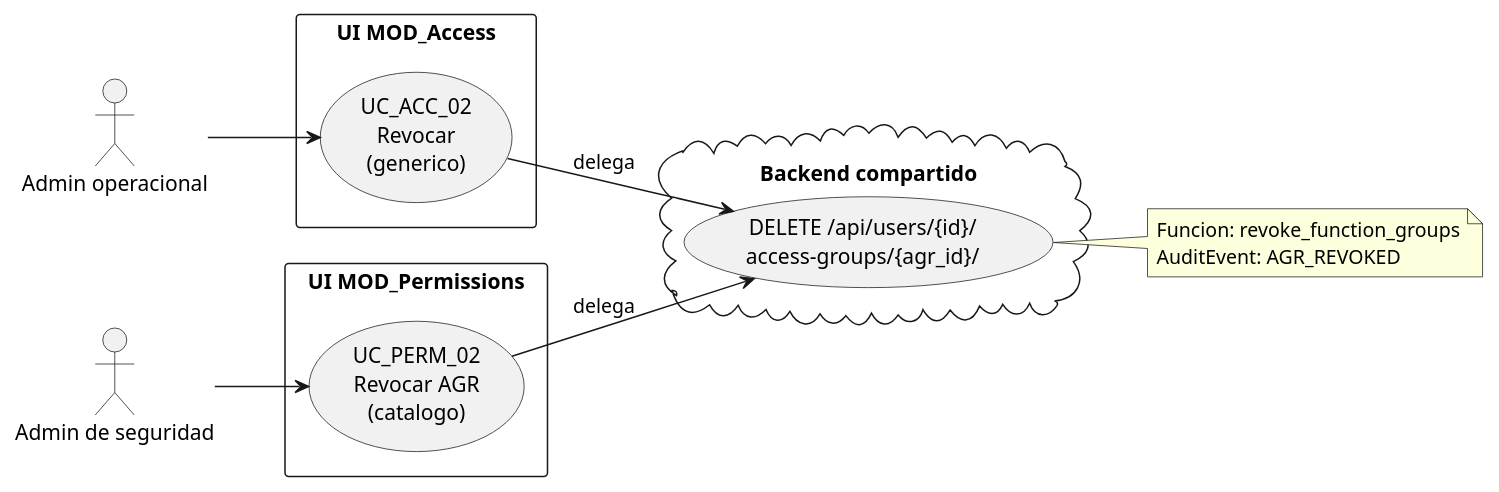
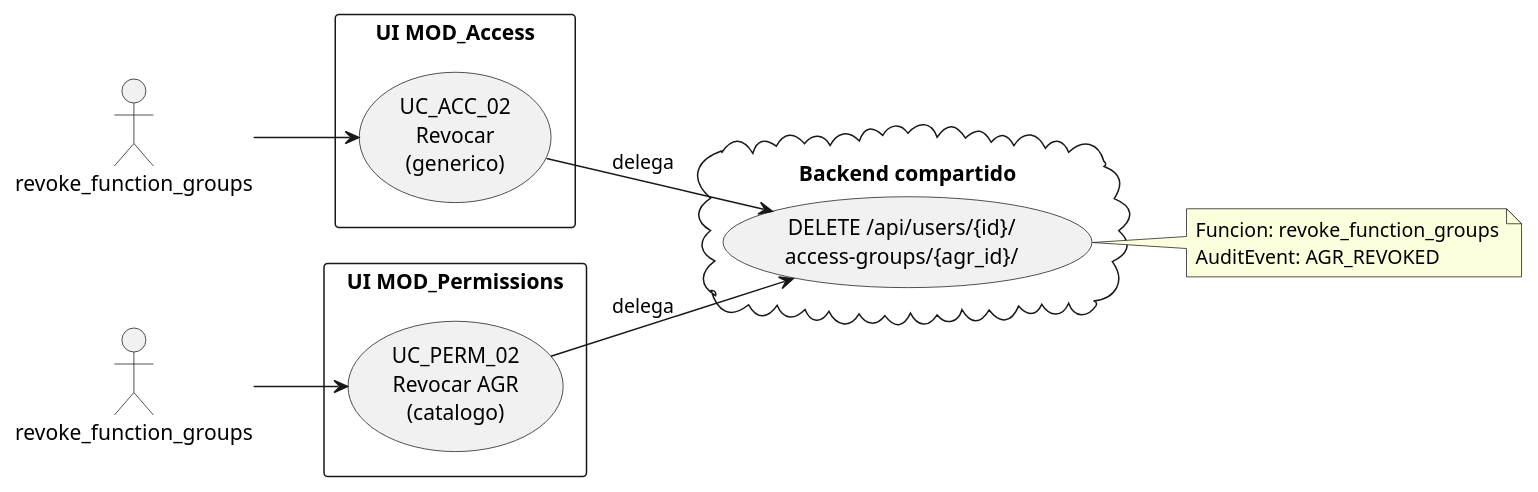
One commit to jcg-admin/IACT-docs changed the first of 4 diagrams in source/requisitos/casos-uso/permissions/uc-perm-02/diagramas-uml.rst. Above: the diagram before and after it, drawn with PlantUML. The commit also changed 77 other files, not shown here.

First line of the commit message:
Enforce RBAC function names as actors in all UML diagrams

```diff
--- a/source/requisitos/casos-uso/permissions/uc-perm-02/diagramas-uml.rst
+++ b/source/requisitos/casos-uso/permissions/uc-perm-02/diagramas-uml.rst
@@ -10,31 +10,31 @@
 .. uml::
  :caption: UC_PERM_02 vista del flujo
            UC_ACC_02 sobre AGR
 
  @startuml
  left to right direction
 
- actor "Admin operacional" as OPS
- actor "Admin de seguridad" as SEC
+ actor "revoke_function_groups" as OPS
+ actor "revoke_function_groups" as SEC
 
  rectangle "UI MOD_Access" {
    usecase "UC_ACC_02\nRevocar\n(generico)" as ACC02
  }
  rectangle "UI MOD_Permissions" {
    usecase "UC_PERM_02\nRevocar AGR\n(catalogo)" as PERM02
  }
  cloud "Backend compartido" {
    usecase "DELETE /api/users/{id}/\naccess-groups/{agr_id}/" as BE
  }
 
  OPS --> ACC02
  SEC --> PERM02
  ACC02 --> BE : delega
  PERM02 --> BE : delega
 
  note right of BE
    Funcion: revoke_function_groups
    AuditEvent: AGR_REVOKED
  end note
 
  @enduml
```
